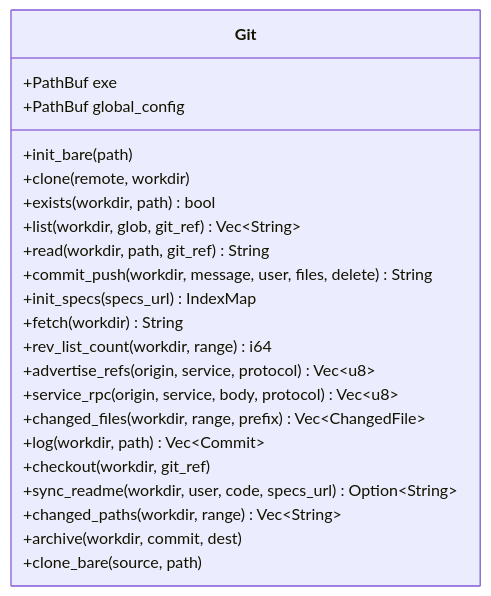
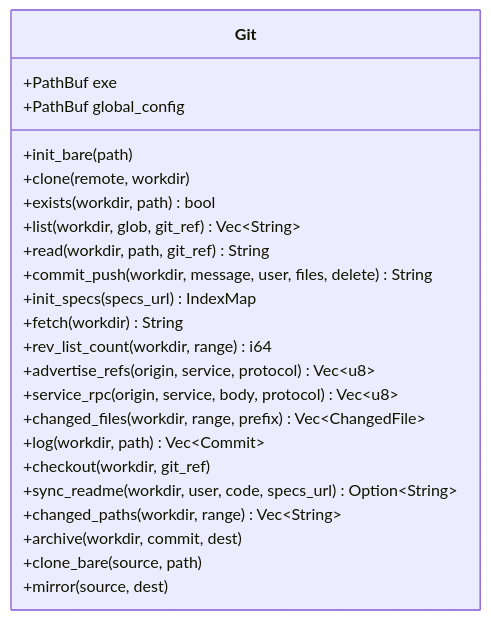
One commit to HoyoungParkme/syncdoc changed the sixth of 10 diagrams in docs/specs/06-DOM/SYNC-DOM-004.md. Above: the diagram before and after it, drawn with Mermaid. The commit also changed other lines of this file and 51 other files, not shown here.

````diff
--- a/docs/specs/06-DOM/SYNC-DOM-004.md
+++ b/docs/specs/06-DOM/SYNC-DOM-004.md
@@ -684,25 +692,26 @@
 ```mermaid
 classDiagram
     class Git {
         +PathBuf exe
         +PathBuf global_config
         +init_bare(path)
         +clone(remote, workdir)
         +exists(workdir, path) bool
         +list(workdir, glob, git_ref) Vec~String~
         +read(workdir, path, git_ref) String
         +commit_push(workdir, message, user, files, delete) String
         +init_specs(specs_url) IndexMap
         +fetch(workdir) String
         +rev_list_count(workdir, range) i64
         +advertise_refs(origin, service, protocol) Vec~u8~
         +service_rpc(origin, service, body, protocol) Vec~u8~
         +changed_files(workdir, range, prefix) Vec~ChangedFile~
         +log(workdir, path) Vec~Commit~
         +checkout(workdir, git_ref)
         +sync_readme(workdir, user, code, specs_url) Option~String~
         +changed_paths(workdir, range) Vec~String~
         +archive(workdir, commit, dest)
         +clone_bare(source, path)
+        +mirror(source, dest)
     }
 ```
````
